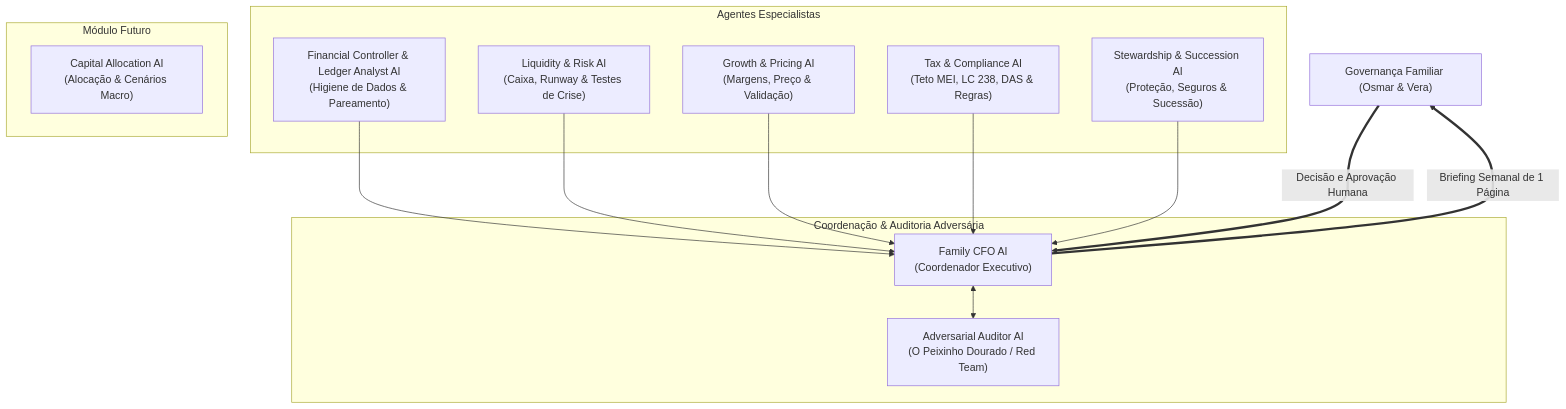
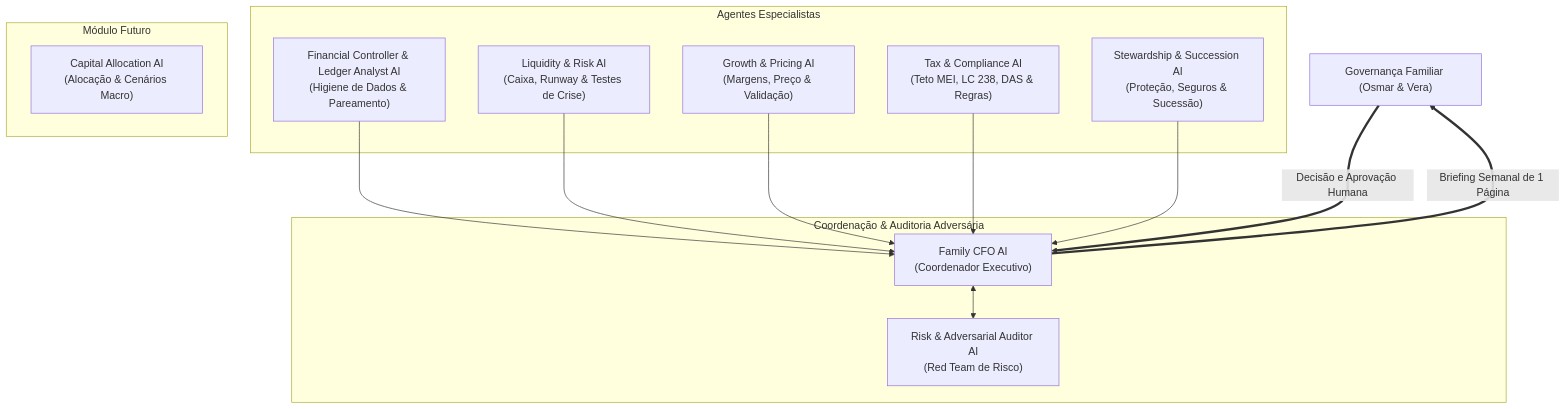
Before and after one commit to Henzen3d/open-family-office: the diagram in README.pt-BR.md, drawn with Mermaid. The commit also changed other lines of this file and 23 other files, not shown here.

````diff
--- a/README.pt-BR.md
+++ b/README.pt-BR.md
@@ -105,31 +105,31 @@
 ```mermaid
 graph TD
     User["Governança Familiar (Osmar & Vera)"]
     
     subgraph Lideranca["Coordenação & Auditoria Adversária"]
         CFO["Family CFO AI<br/>(Coordenador Executivo)"]
-        Goldfish["Adversarial Auditor AI<br/>(O Peixinho Dourado / Red Team)"]
+        RedTeam["Risk & Adversarial Auditor AI<br/>(Red Team de Risco)"]
     end
     
     subgraph Especialistas["Agentes Especialistas"]
         Controller["Financial Controller & Ledger Analyst AI<br/>(Higiene de Dados & Pareamento)"]
         Risk["Liquidity & Risk AI<br/>(Caixa, Runway & Testes de Crise)"]
         Growth["Growth & Pricing AI<br/>(Margens, Preço & Validação)"]
         Tax["Tax & Compliance AI<br/>(Teto MEI, LC 238, DAS & Regras)"]
         Steward["Stewardship & Succession AI<br/>(Proteção, Seguros & Sucessão)"]
     end
     
     subgraph Futuro["Módulo Futuro"]
         CapAlloc["Capital Allocation AI<br/>(Alocação & Cenários Macro)"]
     end
 
     Controller --> CFO
     Risk --> CFO
     Growth --> CFO
     Tax --> CFO
     Steward --> CFO
     
-    CFO <--> Goldfish
+    CFO <--> RedTeam
     CFO ==>|Briefing Semanal de 1 Página| User
     User ==>|Decisão e Aprovação Humana| CFO
 ```
````
